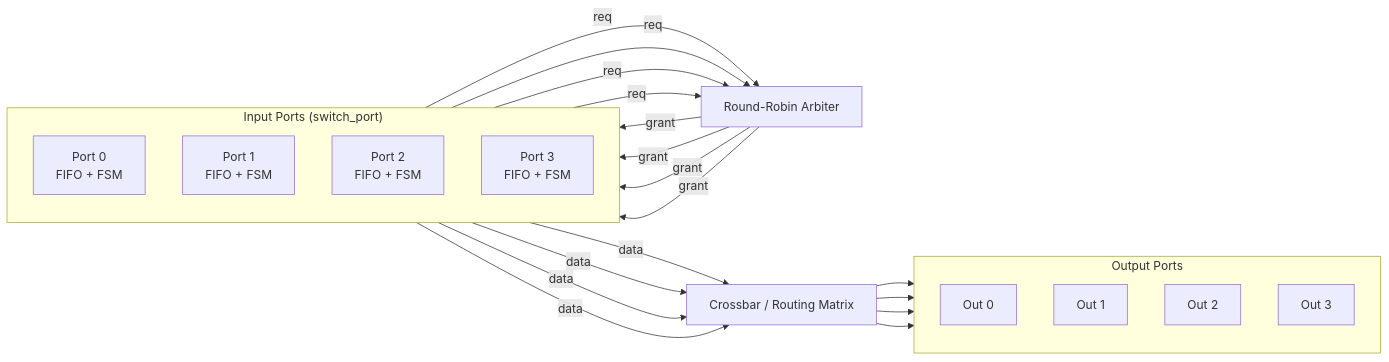
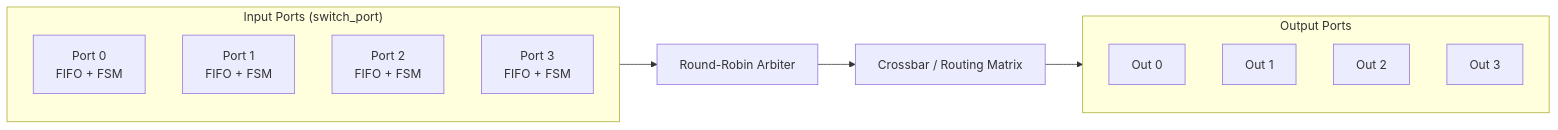
Before and after one commit to Asaf-Alber/Four-Port-Switch: the first of 2 diagrams in README.md, drawn with Mermaid.

Commit message:
Simplify flowchart by removing control and data path
Removed detailed control and data path connections from the flowchart in the README.

````diff
--- a/README.md
+++ b/README.md
@@ -42,45 +42,30 @@
 ```mermaid
 flowchart LR
 
-  %% INPUT PORTS (force vertical alignment)
+  %% INPUT SIDE
   subgraph INPUTS["Input Ports (switch_port)"]
     direction TB
     P0["Port 0<br/>FIFO + FSM"]
     P1["Port 1<br/>FIFO + FSM"]
     P2["Port 2<br/>FIFO + FSM"]
     P3["Port 3<br/>FIFO + FSM"]
   end
 
+  %% CORE LOGIC
   ARB["Round-Robin Arbiter"]
   XBAR["Crossbar / Routing Matrix"]
 
+  %% OUTPUT SIDE
   subgraph OUTPUTS["Output Ports"]
     direction TB
     O0["Out 0"]
     O1["Out 1"]
     O2["Out 2"]
     O3["Out 3"]
   end
 
-  %% CONTROL (requests + grants)
-  P0 -->|req| ARB
-  P1 -->|req| ARB
-  P2 -->|req| ARB
-  P3 -->|req| ARB
-
-  ARB -->|grant| P0
-  ARB -->|grant| P1
-  ARB -->|grant| P2
-  ARB -->|grant| P3
-
-  %% DATA PATH (keep simple; avoid pulling one node)
-  P0 -->|data| XBAR
-  P1 -->|data| XBAR
-  P2 -->|data| XBAR
-  P3 -->|data| XBAR
-
-  XBAR --> O0
-  XBAR --> O1
-  XBAR --> O2
-  XBAR --> O3
+  %% FLOW
+  INPUTS --> ARB
+  ARB --> XBAR
+  XBAR --> OUTPUTS
 ```
````
